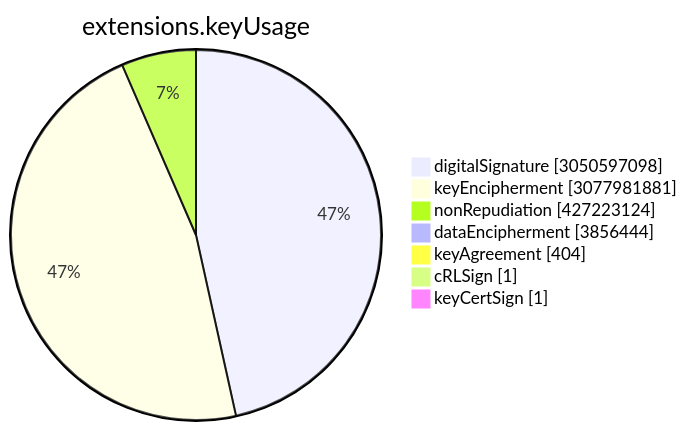
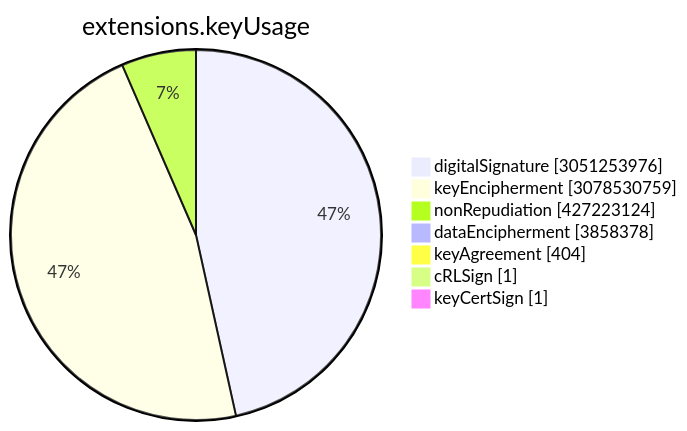
Before and after one commit to christiankrug/ctmonitor_visualization: the sixth of 15 diagrams in TOTAL/README.md, drawn with Mermaid. The commit also changed other lines of this file, not shown here.

````diff
--- a/TOTAL/README.md
+++ b/TOTAL/README.md
@@ -3077,11 +3077,11 @@
 ```mermaid
 pie showData
 title extensions.keyUsage
-"digitalSignature" :3050597098
-"keyEncipherment" :3077981881
+"digitalSignature" :3051253976
+"keyEncipherment" :3078530759
 "nonRepudiation" :427223124
-"dataEncipherment" :3856444
+"dataEncipherment" :3858378
 "keyAgreement" :404
 "cRLSign" :1
 "keyCertSign" :1
 ```
````
